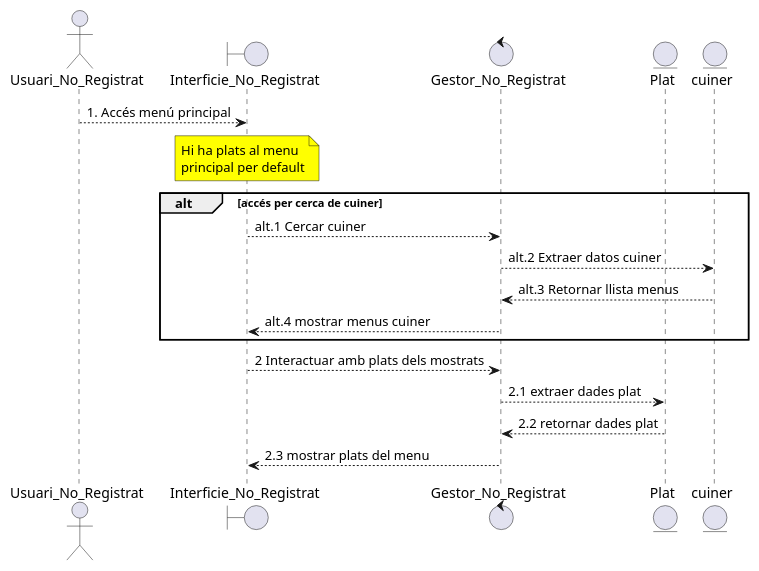
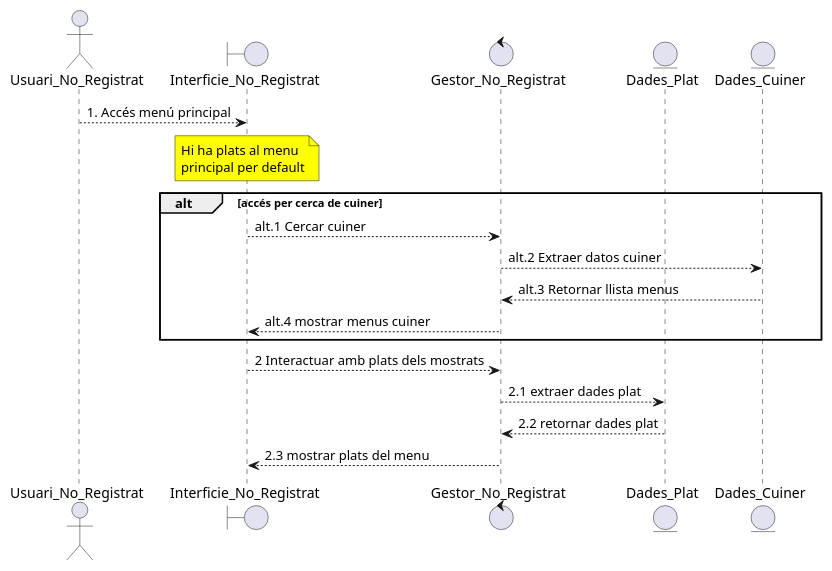
The diagram in documents/Diagrames/Seqüencia/ALEJANDRO/Consultar Menu.puml (martipages/ES23UAB431-02), drawn with PlantUML before and after one commit. The commit also changed 1 other file, not shown here.

```diff
--- a/documents/Diagrames/Seqüencia/ALEJANDRO/Consultar Menu.puml
+++ b/documents/Diagrames/Seqüencia/ALEJANDRO/Consultar Menu.puml
@@ -1,26 +1,26 @@
 @startuml
 
 actor Usuari_No_Registrat as UsuariN
 boundary Interficie_No_Registrat as interficie
 
 control Gestor_No_Registrat as gestor
-entity Plat
-entity cuiner
+entity Dades_Plat as Plat
+entity Dades_Cuiner as cuiner
 
 UsuariN --> interficie : 1. Accés menú principal
 note over interficie #Yellow : Hi ha plats al menu\nprincipal per default
 alt accés per cerca de cuiner
   interficie --> gestor : alt.1 Cercar cuiner
   gestor --> cuiner : alt.2 Extraer datos cuiner
   cuiner --> gestor : alt.3 Retornar llista menus
   gestor --> interficie : alt.4 mostrar menus cuiner
 end
 interficie --> gestor : 2 Interactuar amb plats dels mostrats
 gestor --> Plat : 2.1 extraer dades plat
 Plat --> gestor : 2.2 retornar dades plat
 gestor --> interficie : 2.3 mostrar plats del menu
 
 
 
 
 @enduml
```
